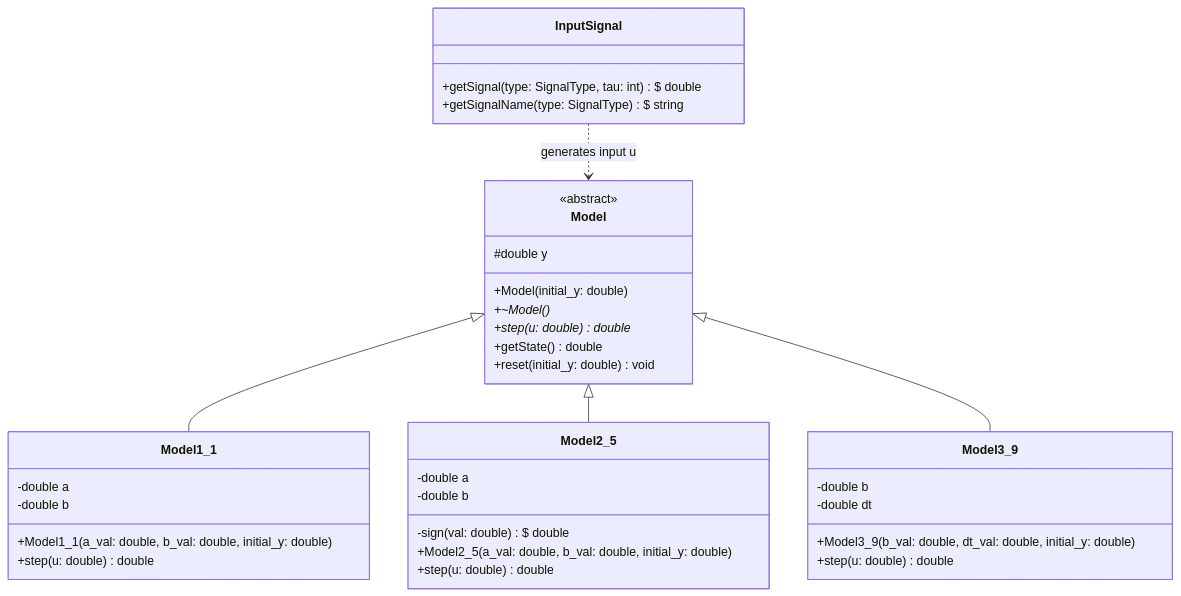
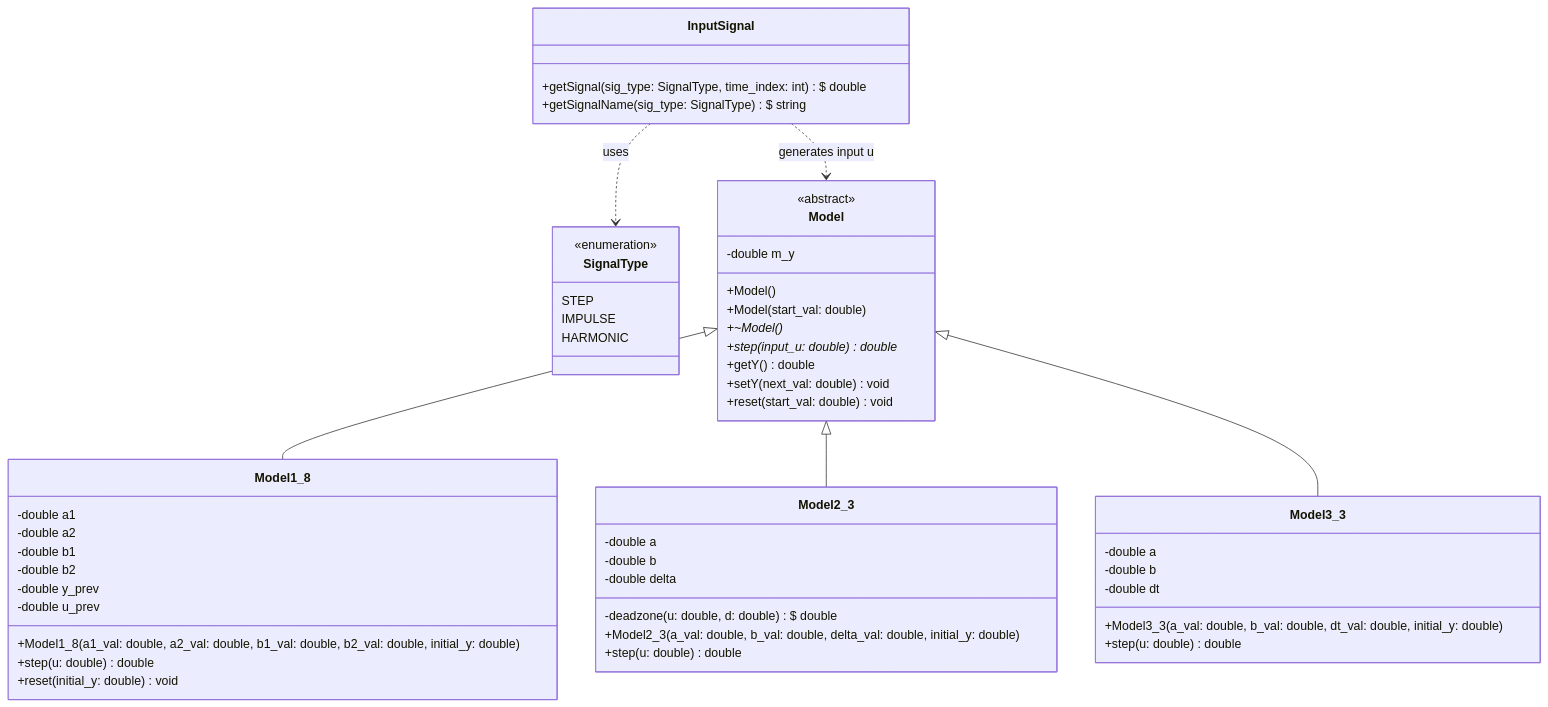
The diagram in trunk/ii03006/task_01/doc/readme.md (brstu/OTIS-2026), drawn with Mermaid before and after one commit. The commit also changed other lines of this file and 2 other files, not shown here.

````diff
--- a/trunk/ii03006/task_01/doc/readme.md
+++ b/trunk/ii03006/task_01/doc/readme.md
@@ -52,44 +52,61 @@
 ```mermaid
 classDiagram
+    class SignalType {
+        <<enumeration>>
+        STEP
+        IMPULSE
+        HARMONIC
+    }
+
     class Model {
         <<abstract>>
-        #double y
-        +Model(initial_y: double)
+        -double m_y
+        +Model()
+        +Model(start_val: double)
         +~Model()*
-        +step(u: double)* double
-        +getState() double
+        +step(input_u: double)* double
+        +getY() double
+        +setY(next_val: double) void
+        +reset(start_val: double) void
+    }
+
+    class Model1_8 {
+        -double a1
+        -double a2
+        -double b1
+        -double b2
+        -double y_prev
+        -double u_prev
+        +Model1_8(a1_val: double, a2_val: double, b1_val: double, b2_val: double, initial_y: double)
+        +step(u: double) double
         +reset(initial_y: double) void
     }
 
-    class Model1_1 {
+    class Model2_3 {
         -double a
         -double b
-        +Model1_1(a_val: double, b_val: double, initial_y: double)
+        -double delta
+        -deadzone(u: double, d: double)\$ double
+        +Model2_3(a_val: double, b_val: double, delta_val: double, initial_y: double)
         +step(u: double) double
     }
 
-    class Model2_5 {
+    class Model3_3 {
         -double a
         -double b
-        -sign(val: double)\$ double
-        +Model2_5(a_val: double, b_val: double, initial_y: double)
-        +step(u: double) double
-    }
-
-    class Model3_9 {
-        -double b
         -double dt
-        +Model3_9(b_val: double, dt_val: double, initial_y: double)
+        +Model3_3(a_val: double, b_val: double, dt_val: double, initial_y: double)
         +step(u: double) double
     }
 
     class InputSignal {
-        +getSignal(type: SignalType, tau: int)\$ double
-        +getSignalName(type: SignalType)\$ string
+        +getSignal(sig_type: SignalType, time_index: int)\$ double
+        +getSignalName(sig_type: SignalType)\$ string
     }
 
-    Model <|-- Model1_1
-    Model <|-- Model2_5
-    Model <|-- Model3_9
+    Model <|-- Model1_8
+    Model <|-- Model2_3
+    Model <|-- Model3_3
+    InputSignal ..> SignalType : uses
     InputSignal ..> Model : generates input u
 ```
````
